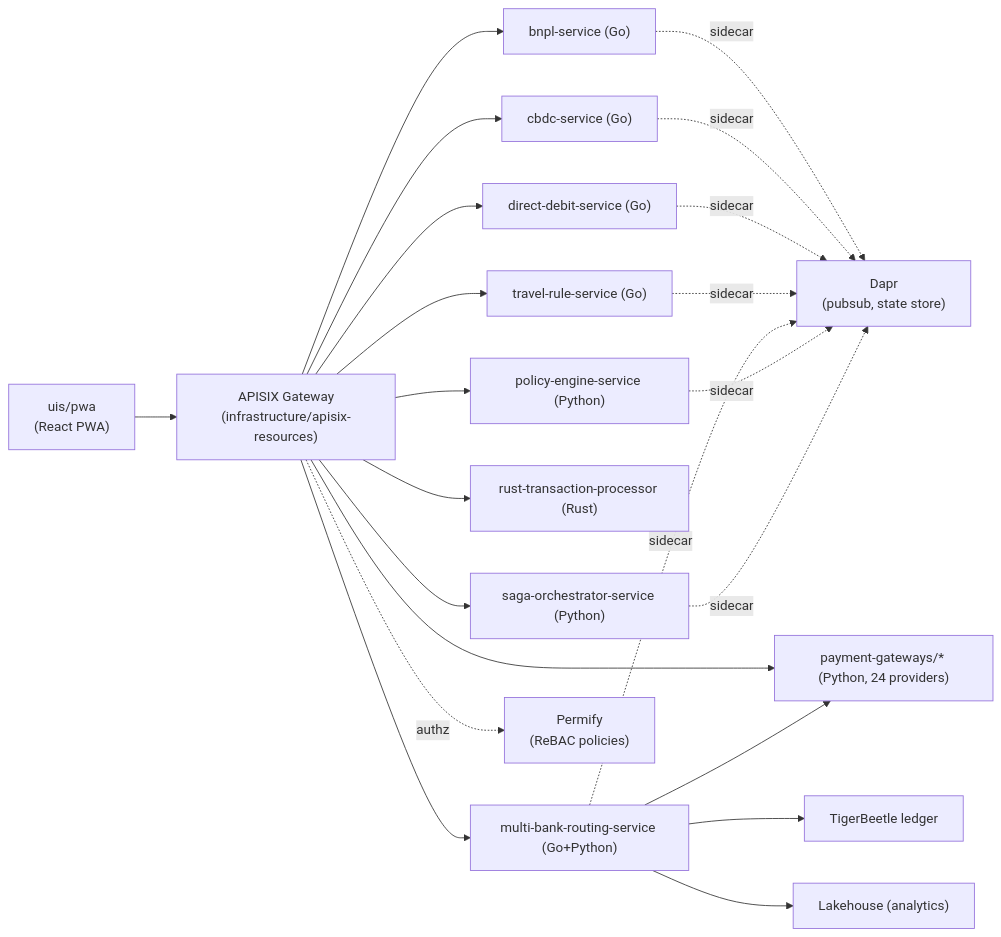
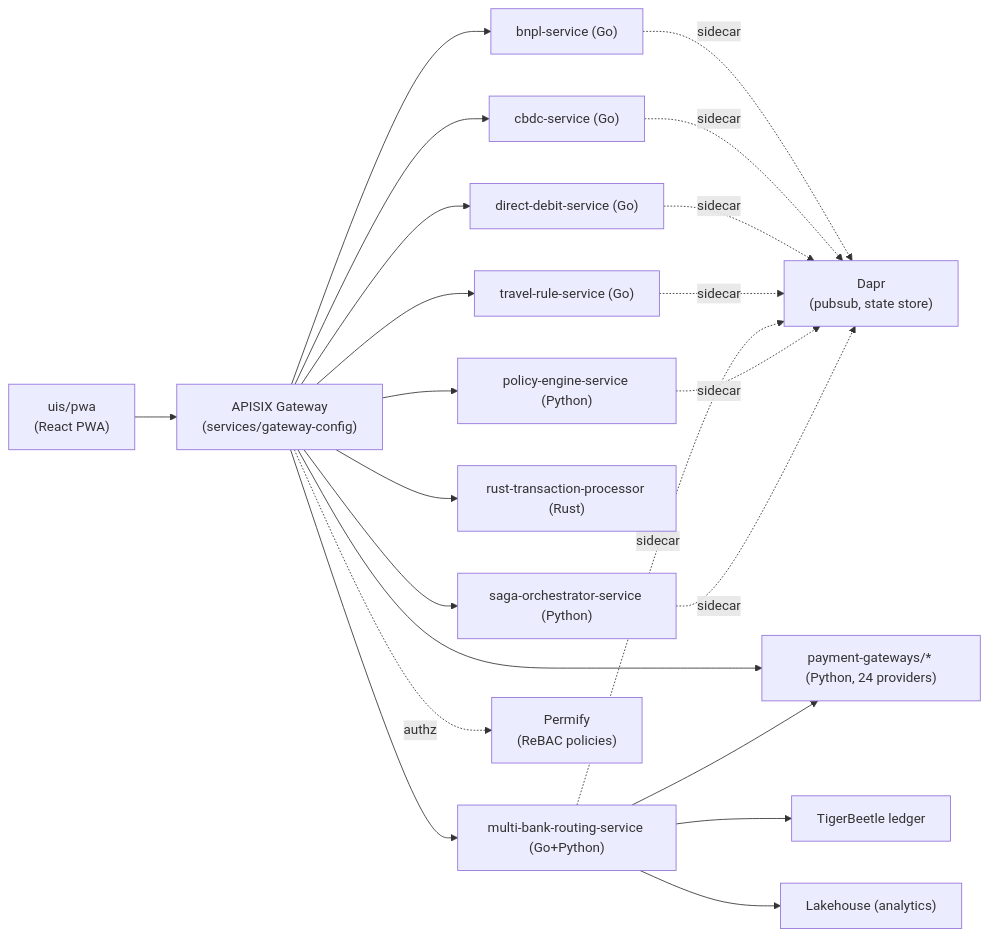
Before and after one commit to munisp/remitflow: the diagram in docs/ARCHITECTURE.md, drawn with Mermaid. The commit also changed other lines of this file and 203 other files, not shown here.

First line of the commit message:
feat: 13-component infrastructure audit remediation (PG, TigerBeetle, Redis, Mojaloop, Kafka, APISIX, Keycloak, open-appsec, Permify, OpenSearch, Fluvio, Dapr, Lakehouse)

````diff
--- a/docs/ARCHITECTURE.md
+++ b/docs/ARCHITECTURE.md
@@ -5,21 +5,21 @@
 ```mermaid
 flowchart LR
-    PWA["uis/pwa\n(React PWA)"] --> APISIX["APISIX Gateway\n(infrastructure/apisix-resources)"]
+    PWA["uis/pwa\n(React PWA)"] --> APISIX["APISIX Gateway\n(services/gateway-config)"]
 
     APISIX --> BNPL["bnpl-service (Go)"]
     APISIX --> CBDC["cbdc-service (Go)"]
     APISIX --> DD["direct-debit-service (Go)"]
     APISIX --> TR["travel-rule-service (Go)"]
     APISIX --> MBR["multi-bank-routing-service (Go+Python)"]
     APISIX --> RTP["rust-transaction-processor (Rust)"]
     APISIX --> PE["policy-engine-service (Python)"]
     APISIX --> SO["saga-orchestrator-service (Python)"]
     APISIX --> PG["payment-gateways/* (Python, 24 providers)"]
 
     BNPL & CBDC & DD & TR & MBR & PE & SO -.->|sidecar| DAPR["Dapr\n(pubsub, state store)"]
     APISIX -.->|authz| PERMIFY["Permify\n(ReBAC policies)"]
 
     MBR --> PG
     MBR --> TB["TigerBeetle ledger"]
     MBR --> LAKE["Lakehouse (analytics)"]
 ```
````
